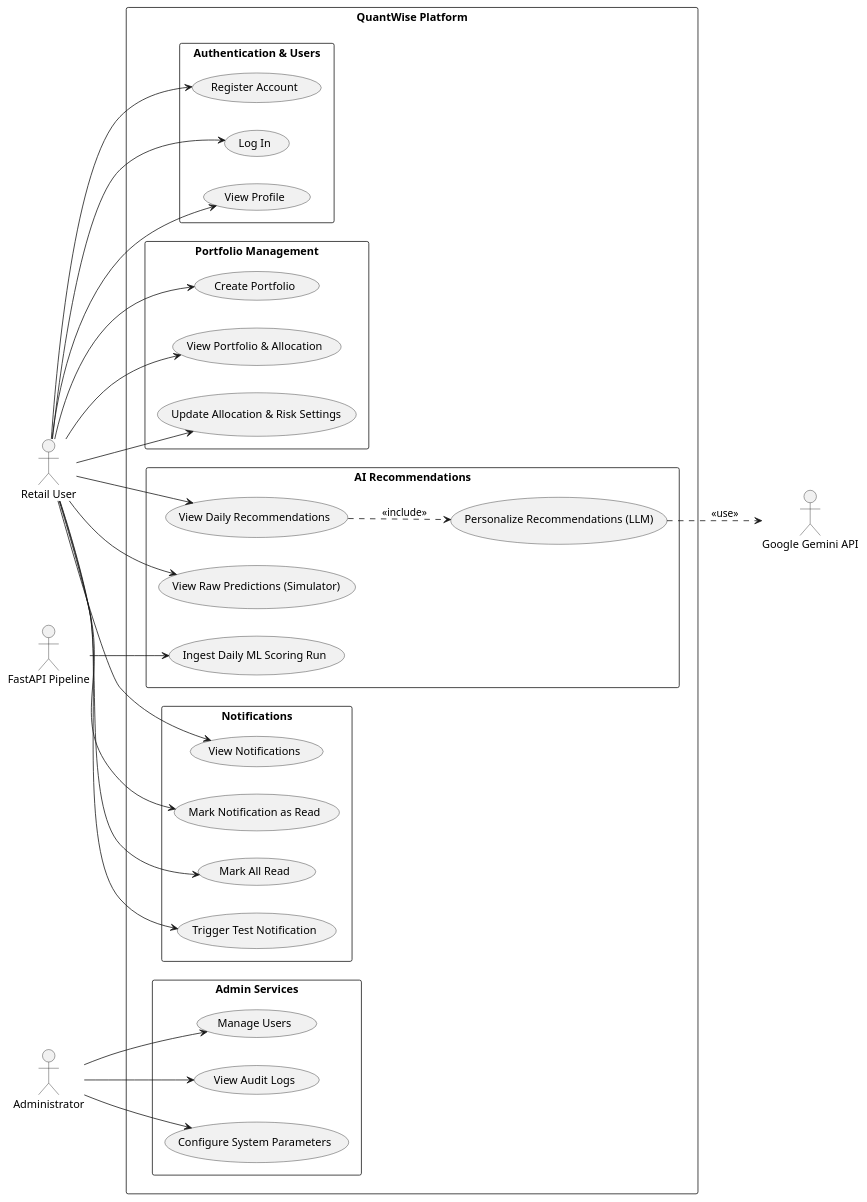
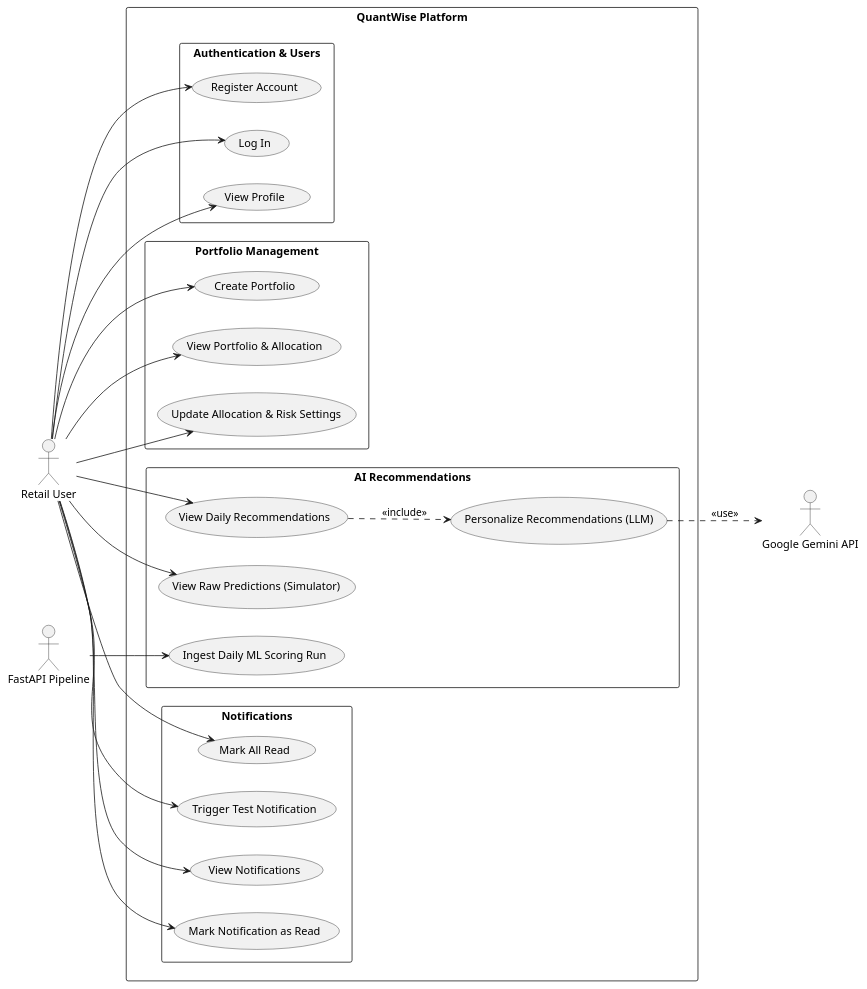
The first of 18 diagrams in UML_DIAGRAMS.md (DA7-WTDS/Graduation-project), drawn with PlantUML before and after one commit. The commit also changed other lines of this file and 1 other file, not shown here.

Commit message:
refactor: remove administrator actor and management modules from UML and use case documentation

````diff
--- a/UML_DIAGRAMS.md
+++ b/UML_DIAGRAMS.md
@@ -24,69 +24,58 @@
 ```plantuml
 @startuml QuantWise Use Case Diagram
 left to right direction
 skinparam packageStyle rectangle
 
 actor "Retail User" as User
-actor "Administrator" as Admin
 actor "FastAPI Pipeline" as Pipeline
 actor "Google Gemini API" as Gemini
 
 rectangle "QuantWise Platform" {
     package "Authentication & Users" {
         usecase "Register Account" as UC_Register
         usecase "Log In" as UC_Login
         usecase "View Profile" as UC_Profile
     }
     
     package "Portfolio Management" {
         usecase "Create Portfolio" as UC_CreatePortfolio
         usecase "View Portfolio & Allocation" as UC_ViewPortfolio
         usecase "Update Allocation & Risk Settings" as UC_UpdatePortfolio
     }
     
     package "AI Recommendations" {
         usecase "View Daily Recommendations" as UC_ViewRecs
         usecase "Personalize Recommendations (LLM)" as UC_PersonalizeRecs
         usecase "View Raw Predictions (Simulator)" as UC_ViewPredictions
         usecase "Ingest Daily ML Scoring Run" as UC_IngestResults
     }
     
     package "Notifications" {
         usecase "View Notifications" as UC_ViewNotifications
         usecase "Mark Notification as Read" as UC_MarkRead
         usecase "Mark All Read" as UC_MarkAllRead
         usecase "Trigger Test Notification" as UC_TestNotification
     }
-    
-    package "Admin Services" {
-        usecase "Manage Users" as UC_ManageUsers
-        usecase "View Audit Logs" as UC_ViewAudit
-        usecase "Configure System Parameters" as UC_ConfigParams
-    }
 }
 
 User --> UC_Register
 User --> UC_Login
 User --> UC_Profile
 
 User --> UC_CreatePortfolio
 User --> UC_ViewPortfolio
 User --> UC_UpdatePortfolio
 
 User --> UC_ViewRecs
 User --> UC_ViewPredictions
 User --> UC_ViewNotifications
 User --> UC_MarkRead
 User --> UC_MarkAllRead
 User --> UC_TestNotification
 
-Admin --> UC_ManageUsers
-Admin --> UC_ViewAudit
-Admin --> UC_ConfigParams
-
 UC_ViewRecs ..> UC_PersonalizeRecs : <<include>>
 UC_PersonalizeRecs ..> Gemini : <<use>>
 
 Pipeline --> UC_IngestResults
 @endum
 ```
````
